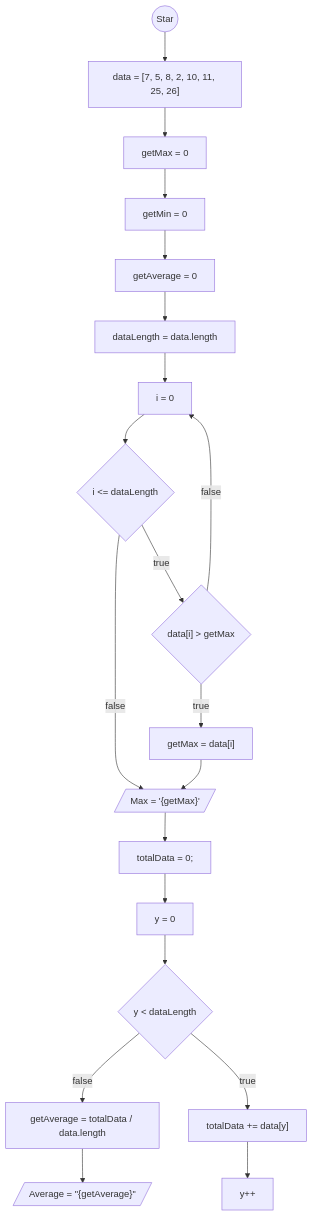
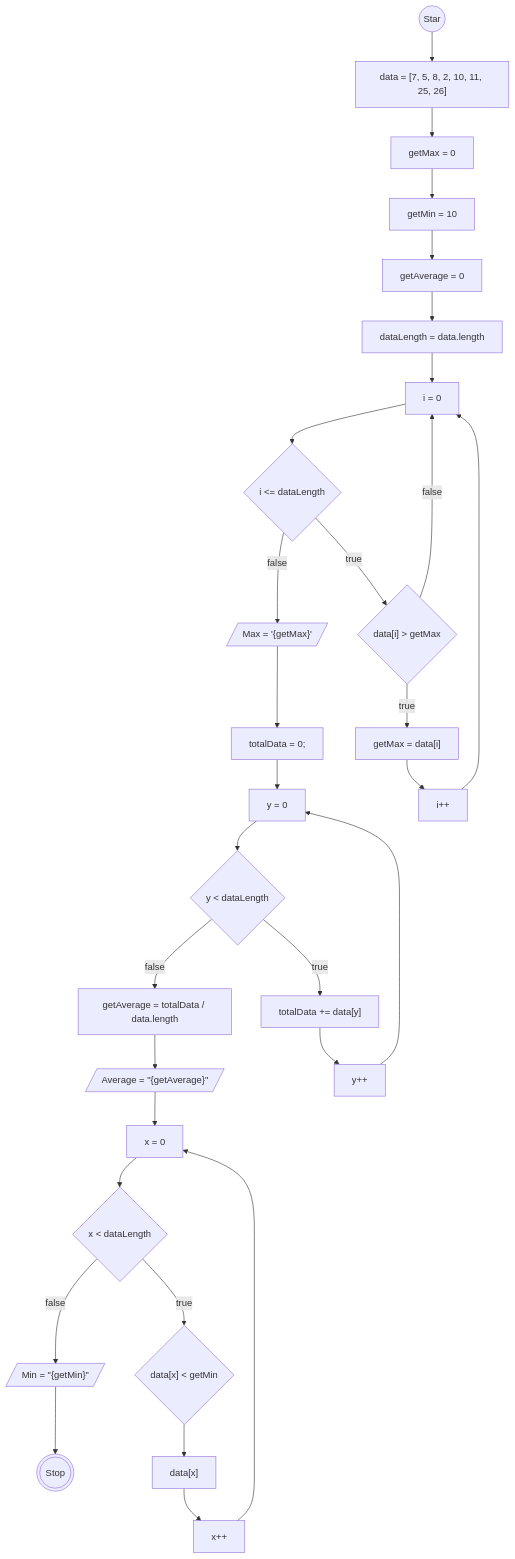
Before and after one commit to almarufh/Koda-B8-JavaScript2: the diagram in README.md, drawn with Mermaid. The commit also changed 1 other file, not shown here.

````diff
--- a/README.md
+++ b/README.md
@@ -9,35 +9,48 @@
 ```mermaid
 flowchart TD
 
 A@{ shape: circle, label: Star }
 B@{ shape: rect, label: "data = [7, 5, 8, 2, 10, 11, 25, 26]" }
 C@{ shape: rect, label: "getMax = 0" }
-D@{ shape: rect, label: "getMin = 0" }
+D@{ shape: rect, label: "getMin = 10" }
 E@{ shape: rect, label: "getAverage = 0" }
 F@{ shape: rect, label: "dataLength = data.length" }
 G@{ shape: rect, label: "i = 0" }
 H@{ shape: diamond, label: "i <= dataLength" }
 I@{ shape: diamond, label: "data[i] > getMax" }
 J@{ shape: rect, label: "getMax = data[i]" }
 K@{ shape: lean-r, label: "Max = '{getMax}'" }
 L@{ shape: rect, label: "totalData = 0;" }
 M@{ shape: rect, label: "y = 0" }
 N@{ shape: diamond, label: "y < dataLength" }
 O@{ shape: rect, label: "totalData += data[y]" }
 P@{ shape: rect, label: y++ }
 Q@{ shape: rect, label: "getAverage = totalData / data.length" }
 R@{ shape: lean-r, label: 'Average = "{getAverage}"' }
+S@{ shape: rect, label: i++ }
+T@{ shape: rect, label: "x = 0" }
+U@{ shape: diamond, label: "x < dataLength" }
+V@{ shape: lean-r, label: 'Min = "{getMin}"' }
+W@{ shape: diamond, label: "data[x] < getMin" }
+X@{ shape: rect, label: "data[x]" }
+Y@{ shape: rect, label: x++ }
+Z@{ shape: dbl-circ, label: Stop }
+
 
 A --> B --> C --> D --> E --> F --> G --> H
 H --false--> K
 H --true--> I
 I --false--> G
-I --true--> J --> K
+I --true--> J --> S --> G
 
 K --> L --> M
 M --> N
-N --false--> Q --> R
-N --true--> O --> P
+N --false--> Q --> R --> T
+N --true--> O --> P --> M
+
+T --> U
+U --false--> V --> Z
+U --true--> W --> X --> Y --> T
 
 
 ```
````
